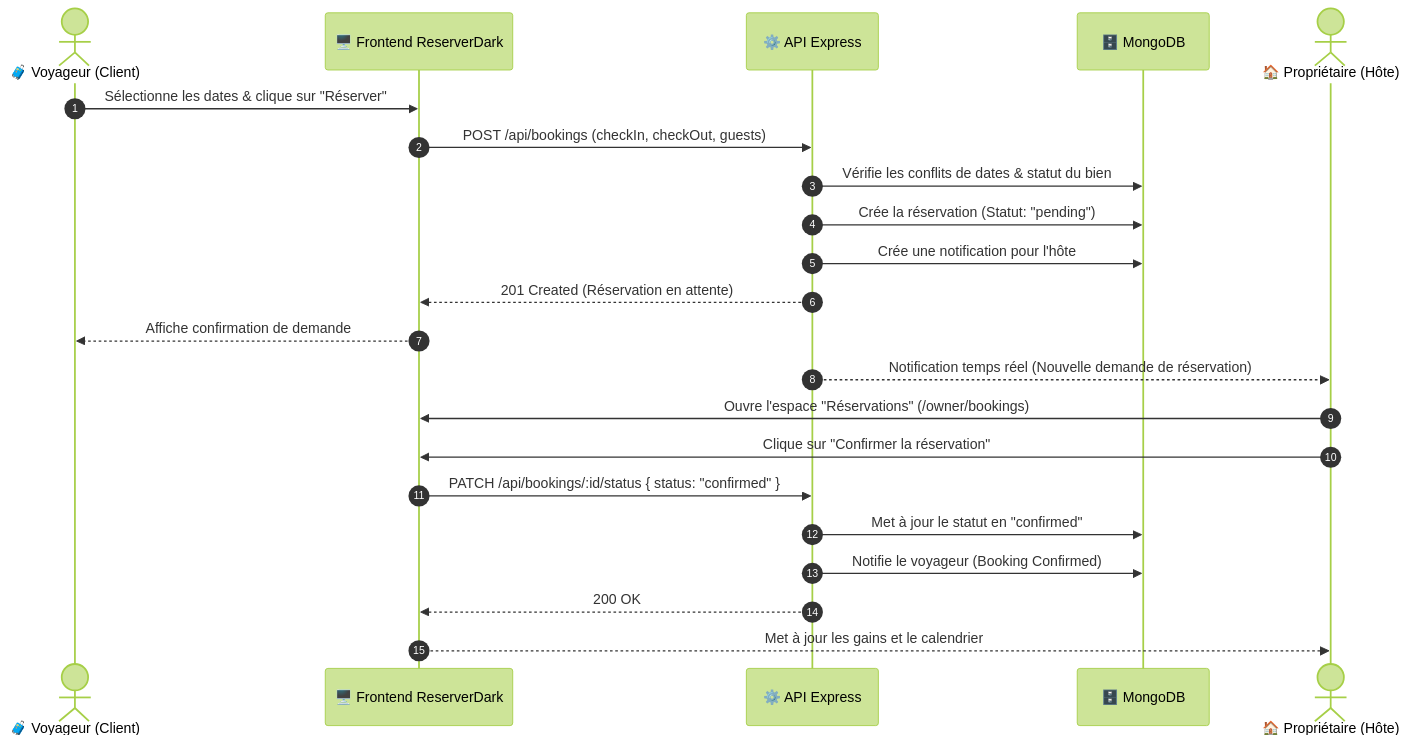
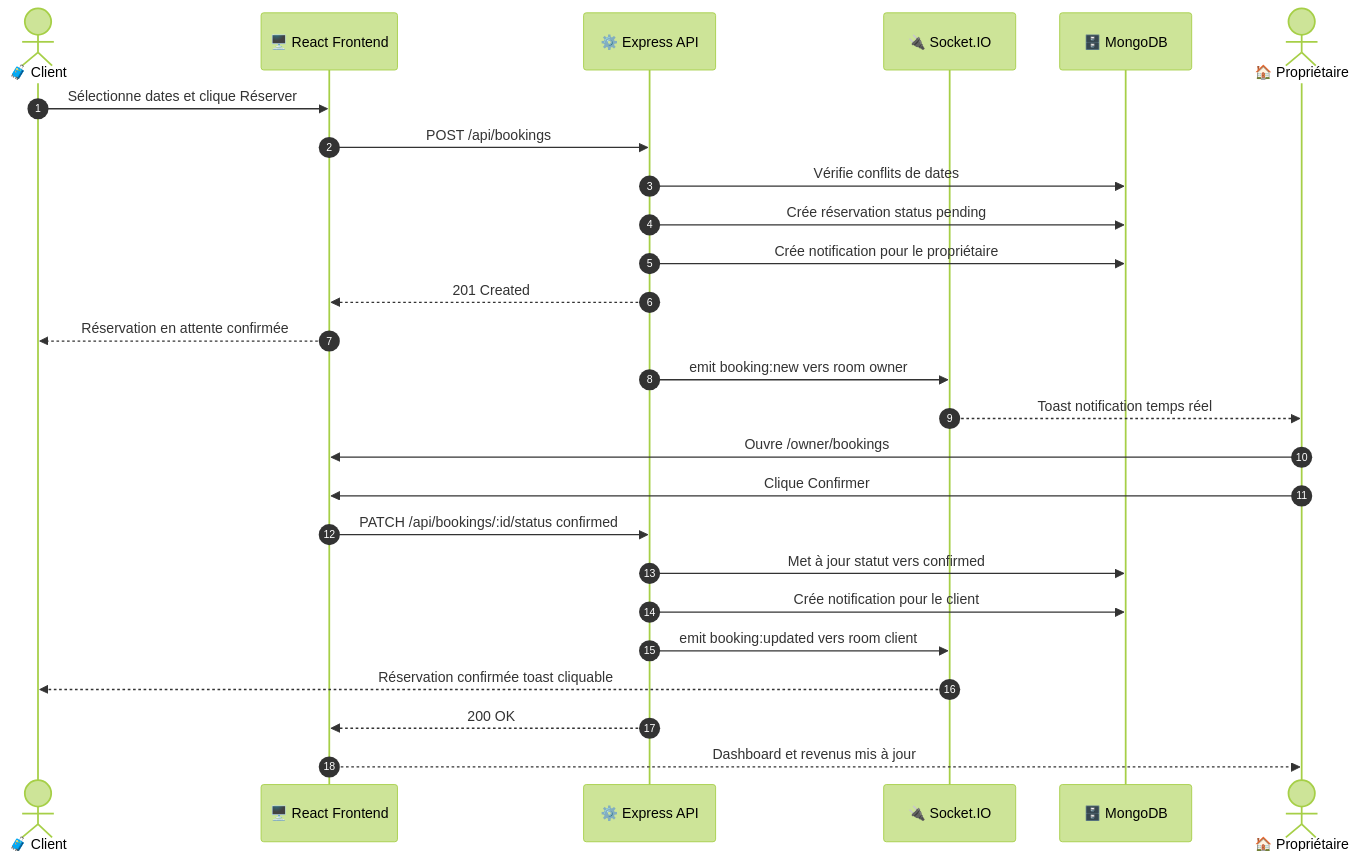
The third of 4 diagrams in README.md (Houssamar-hub/ReserverDark), drawn with Mermaid (forest theme) before and after one commit. The commit also changed other lines of this file, not shown here.

Commit message:
docs: replace diagrams with 4 UML diagrams (use case, class, sequence, activity)

````diff
--- a/README.md
+++ b/README.md
@@ -156,26 +179,30 @@
 ```mermaid
 sequenceDiagram
     autonumber
-    actor Voyageur as 🧳 Voyageur (Client)
-    participant Frontend as 🖥️ Frontend ReserverDark
-    participant Backend as ⚙️ API Express
+    actor Client as 🧳 Client
+    participant Frontend as 🖥️ React Frontend
+    participant API as ⚙️ Express API
+    participant Socket as 🔌 Socket.IO
     participant DB as 🗄️ MongoDB
-    actor Proprietaire as 🏠 Propriétaire (Hôte)
+    actor Owner as 🏠 Propriétaire
 
-    Voyageur->>Frontend: Sélectionne les dates & clique sur "Réserver"
-    Frontend->>Backend: POST /api/bookings (checkIn, checkOut, guests)
-    Backend->>DB: Vérifie les conflits de dates & statut du bien
-    Backend->>DB: Crée la réservation (Statut: "pending")
-    Backend->>DB: Crée une notification pour l'hôte
-    Backend-->>Frontend: 201 Created (Réservation en attente)
-    Frontend-->>Voyageur: Affiche confirmation de demande
+    Client->>Frontend: Sélectionne dates et clique Réserver
+    Frontend->>API: POST /api/bookings
+    API->>DB: Vérifie conflits de dates
+    API->>DB: Crée réservation status pending
+    API->>DB: Crée notification pour le propriétaire
+    API-->>Frontend: 201 Created
+    Frontend-->>Client: Réservation en attente confirmée
 
-    Backend-->>Proprietaire: Notification temps réel (Nouvelle demande de réservation)
-    Proprietaire->>Frontend: Ouvre l'espace "Réservations" (/owner/bookings)
-    Proprietaire->>Frontend: Clique sur "Confirmer la réservation"
-    Frontend->>Backend: PATCH /api/bookings/:id/status { status: "confirmed" }
-    Backend->>DB: Met à jour le statut en "confirmed"
-    Backend->>DB: Notifie le voyageur (Booking Confirmed)
-    Backend-->>Frontend: 200 OK
-    Frontend-->>Proprietaire: Met à jour les gains et le calendrier
+    API->>Socket: emit booking:new vers room owner
+    Socket-->>Owner: Toast notification temps réel
+    Owner->>Frontend: Ouvre /owner/bookings
+    Owner->>Frontend: Clique Confirmer
+    Frontend->>API: PATCH /api/bookings/:id/status confirmed
+    API->>DB: Met à jour statut vers confirmed
+    API->>DB: Crée notification pour le client
+    API->>Socket: emit booking:updated vers room client
+    Socket-->>Client: Réservation confirmée toast cliquable
+    API-->>Frontend: 200 OK
+    Frontend-->>Owner: Dashboard et revenus mis à jour
 ```
````
